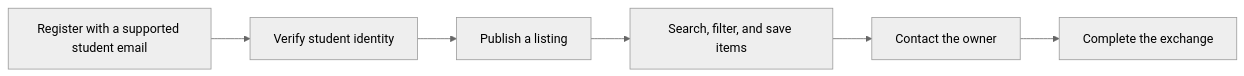
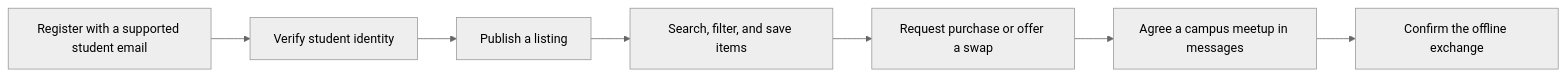
Before and after one commit to Zahotoo/unitrovee: the diagram in README.md, drawn with Mermaid (neutral theme). The commit also changed other lines of this file, not shown here.

````diff
--- a/README.md
+++ b/README.md
@@ -37,8 +37,9 @@
 ```mermaid
 flowchart LR
     A["Register with a supported student email"] --> B["Verify student identity"]
     B --> C["Publish a listing"]
     C --> D["Search, filter, and save items"]
-    D --> E["Contact the owner"]
-    E --> F["Complete the exchange"]
+    D --> E["Request purchase or offer a swap"]
+    E --> F["Agree a campus meetup in messages"]
+    F --> G["Confirm the offline exchange"]
 ```
````
